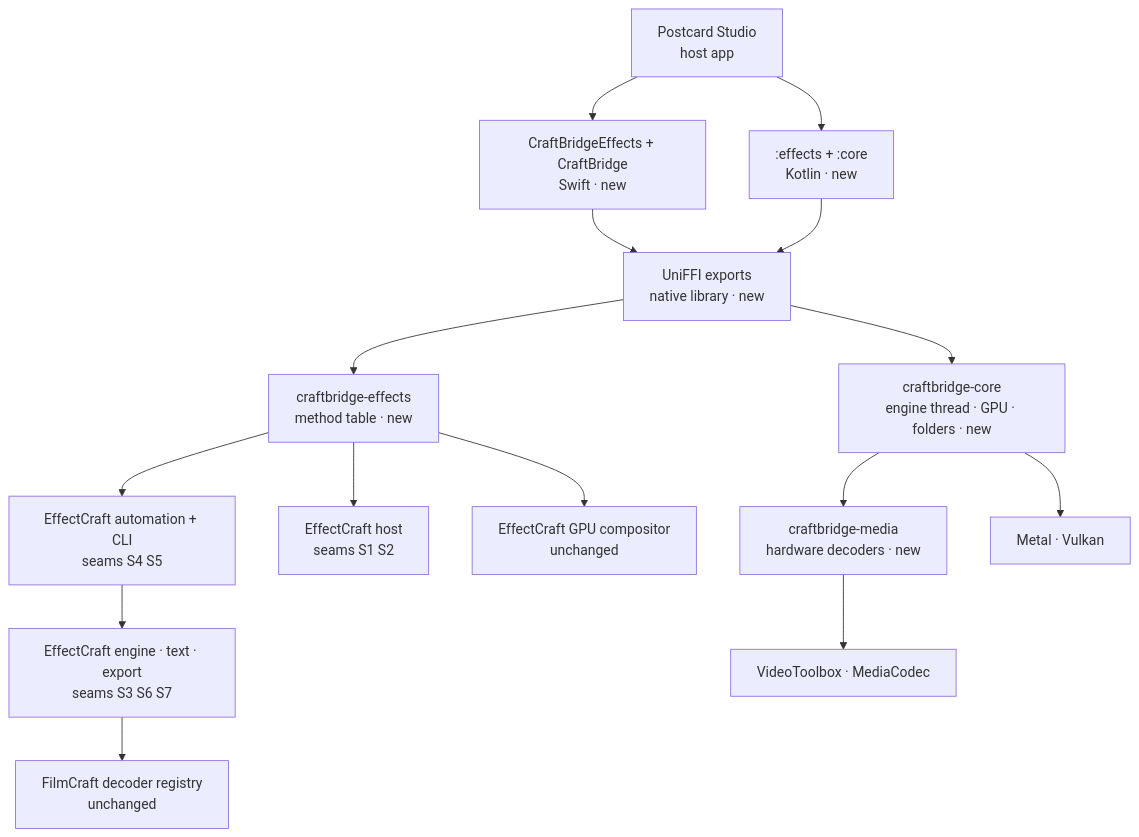
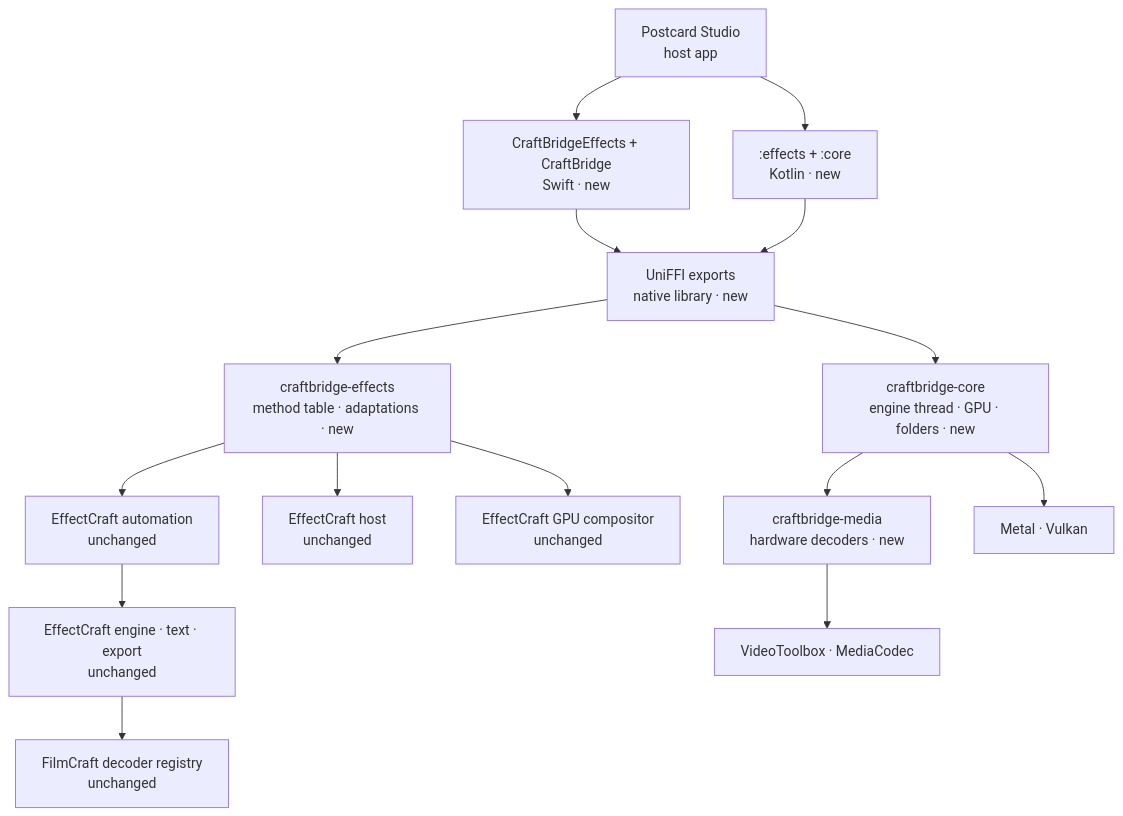
The second of 6 diagrams in plan/EFFECTCRAFT-PLUGIN-PORT-SCOPING.md (ChristopherLinnett/craftbridge), drawn with Mermaid before and after one commit. The commit also changed other lines of this file and 2271 other files, not shown here.

````diff
--- a/plan/EFFECTCRAFT-PLUGIN-PORT-SCOPING.md
+++ b/plan/EFFECTCRAFT-PLUGIN-PORT-SCOPING.md
@@ -213,32 +213,32 @@
 ```mermaid
-%% @drawio d02-architecture | CraftBridge wraps the unchanged engine: new packages and a native library above EffectCraft's crates, where seven seams are the only changes.
+%% @drawio d02-architecture | CraftBridge wraps the unchanged engine: new packages and a native library above EffectCraft's crates, which it builds as they are.
 flowchart TB
   app["Postcard Studio<br/>host app"]
   swift["CraftBridgeEffects + CraftBridge<br/>Swift · new"]
   kotlin[":effects + :core<br/>Kotlin · new"]
   ffi["UniFFI exports<br/>native library · new"]
-  fx["craftbridge-effects<br/>method table · new"]
+  fx["craftbridge-effects<br/>method table · adaptations · new"]
   core["craftbridge-core<br/>engine thread · GPU · folders · new"]
-  auto["EffectCraft automation + CLI<br/>seams S4 S5"]
-  host["EffectCraft host<br/>seams S1 S2"]
+  auto["EffectCraft automation<br/>unchanged"]
+  host["EffectCraft host<br/>unchanged"]
   gpu["EffectCraft GPU compositor<br/>unchanged"]
   media["craftbridge-media<br/>hardware decoders · new"]
   gfx["Metal · Vulkan"]
-  eng["EffectCraft engine · text · export<br/>seams S3 S6 S7"]
+  eng["EffectCraft engine · text · export<br/>unchanged"]
   codec["VideoToolbox · MediaCodec"]
   reg["FilmCraft decoder registry<br/>unchanged"]
   app --> swift
   app --> kotlin
   swift --> ffi
   kotlin --> ffi
   ffi --> fx
   ffi --> core
   fx --> auto
   fx --> host
   fx --> gpu
   core --> media
   core --> gfx
   media --> codec
   auto --> eng
   eng --> reg
 ```
````
